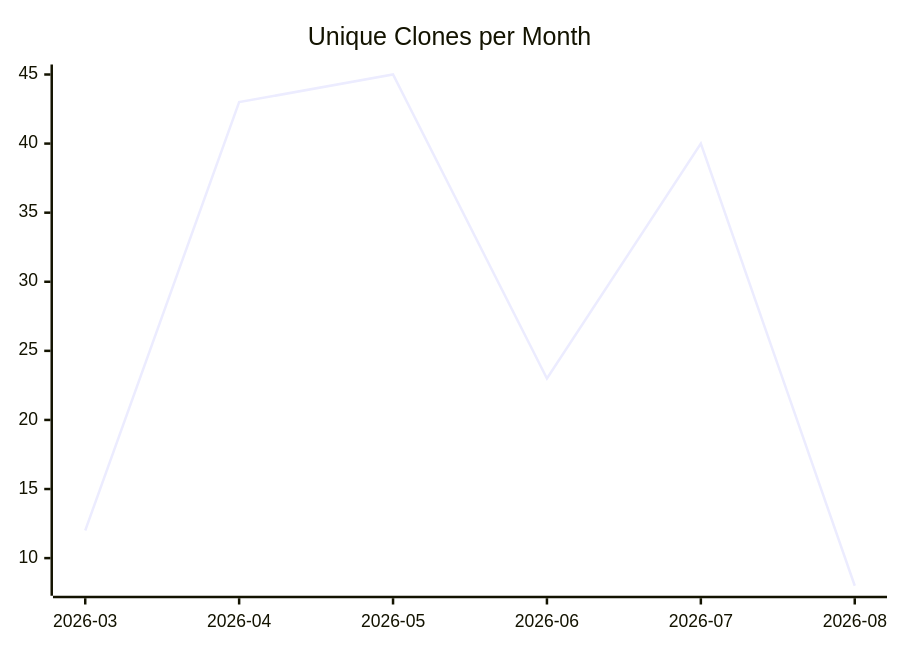
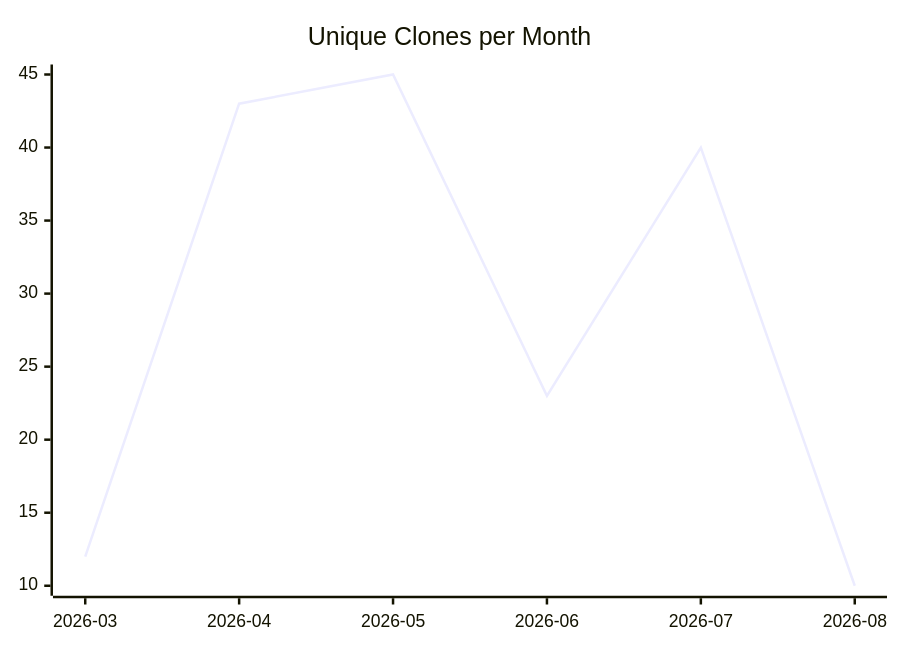
Before and after one commit to justdavis-family/github-analytics-data: the third of 3 diagrams in karlmdavis/ksoap2-android/README.md, drawn with Mermaid. The commit also changed other lines of this file and 160 other files, not shown here.

````diff
--- a/karlmdavis/ksoap2-android/README.md
+++ b/karlmdavis/ksoap2-android/README.md
@@ -19,6 +19,6 @@
 ```mermaid
 xychart-beta
   title "Unique Clones per Month"
   x-axis ["2026-03", "2026-04", "2026-05", "2026-06", "2026-07", "2026-08"]
-  line [12, 43, 45, 23, 40, 8]
+  line [12, 43, 45, 23, 40, 10]
 ```
````
